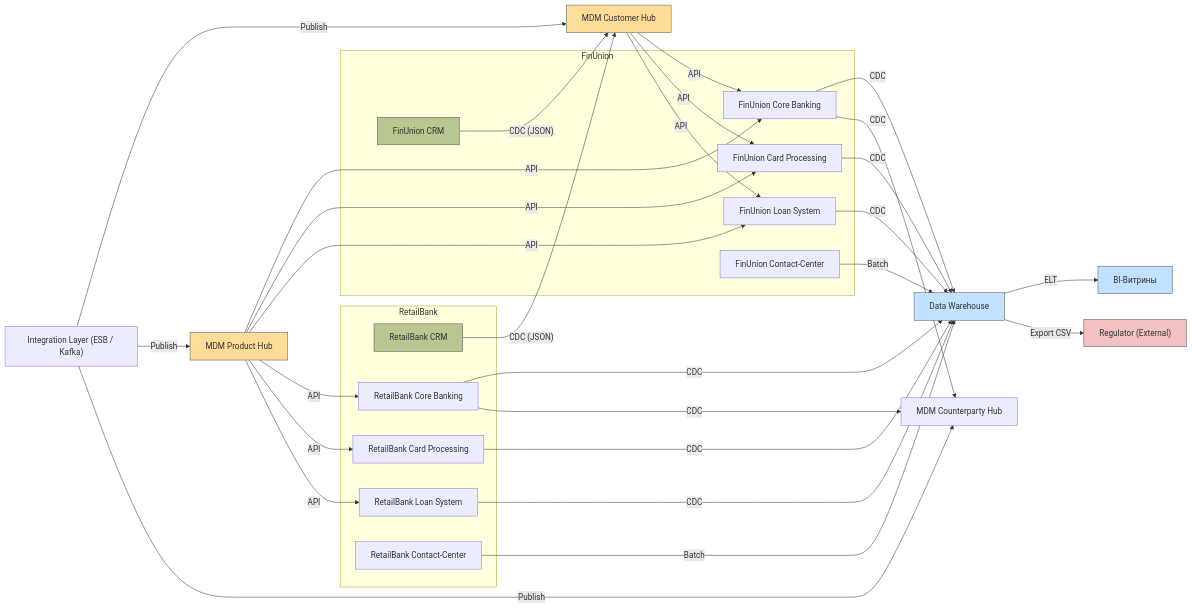
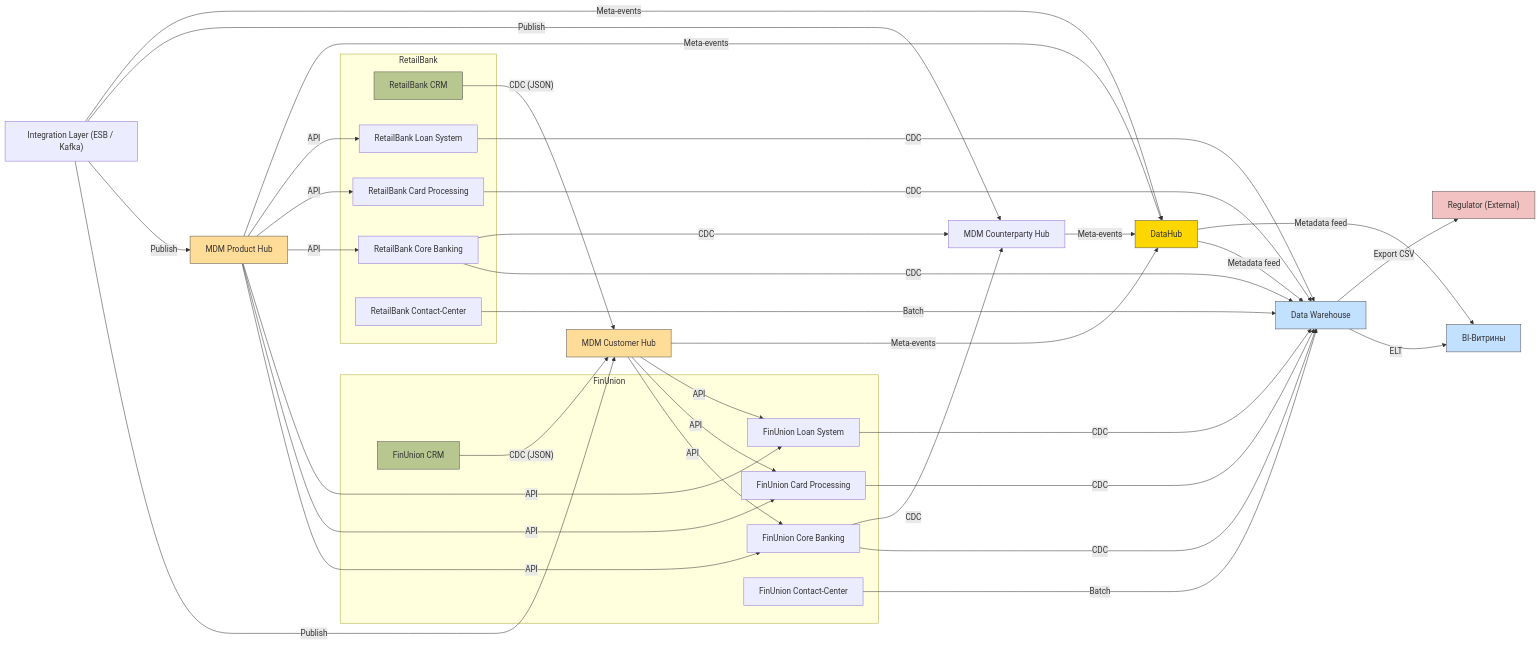
The diagram in Task2/data-flows.md (dvtar91/FinUnionGroup), drawn with Mermaid before and after one commit.

````diff
--- a/Task2/data-flows.md
+++ b/Task2/data-flows.md
@@ -22,68 +22,80 @@
 ```mermaid
 flowchart LR
     %% Системы
     subgraph "FinUnion"
         FU_CRM[FinUnion CRM]
         FU_Core[FinUnion Core Banking]
         FU_Cards[FinUnion Card Processing]
         FU_Loans[FinUnion Loan System]
         FU_Contact[FinUnion Contact‑Center]
     end
 
     subgraph "RetailBank"
         RB_CRM[RetailBank CRM]
         RB_Core[RetailBank Core Banking]
         RB_Cards[RetailBank Card Processing]
         RB_Loans[RetailBank Loan System]
         RB_Contact[RetailBank Contact‑Center]
     end
 
     MDM_Cust[MDM Customer Hub]
     MDM_Prod[MDM Product Hub]
     MDM_Counter[MDM Counterparty Hub]
+
     Integration["Integration Layer (ESB / Kafka)"]
+    DataHub[DataHub]
+
     DWH[Data Warehouse]
     BI[BI‑Витрины]
     Reg["Regulator (External)"]
 
     %% Потоки
     FU_CRM -->|"CDC (JSON)"| MDM_Cust
     RB_CRM -->|"CDC (JSON)"| MDM_Cust
     MDM_Cust -->|API| FU_Core
     MDM_Cust -->|API| FU_Cards
     MDM_Cust -->|API| FU_Loans
 
     FU_Core -->|CDC| DWH
     RB_Core -->|CDC| DWH
     FU_Cards -->|CDC| DWH
     RB_Cards -->|CDC| DWH
     FU_Loans -->|CDC| DWH
     RB_Loans -->|CDC| DWH
     FU_Contact -->|Batch| DWH
     RB_Contact -->|Batch| DWH
 
     DWH -->|ELT| BI
     DWH -->|Export CSV| Reg
 
     MDM_Prod -->|API| FU_Core
     MDM_Prod -->|API| FU_Cards
     MDM_Prod -->|API| FU_Loans
     MDM_Prod -->|API| RB_Core
     MDM_Prod -->|API| RB_Cards
     MDM_Prod -->|API| RB_Loans
 
     FU_Core -->|CDC| MDM_Counter
     RB_Core -->|CDC| MDM_Counter
 
     Integration -->|Publish| MDM_Cust
     Integration -->|Publish| MDM_Prod
     Integration -->|Publish| MDM_Counter
 
+    %% DataHub connections
+    MDM_Cust -->|Meta‑events| DataHub
+    MDM_Prod -->|Meta‑events| DataHub
+    MDM_Counter -->|Meta‑events| DataHub
+    Integration -->|Meta‑events| DataHub
+    DataHub -->|Metadata feed| DWH
+    DataHub -->|Metadata feed| BI
+
     style FU_CRM fill:#b7c78f,stroke:#555
     style RB_CRM fill:#b7c78f,stroke:#555
     style MDM_Cust fill:#ffdd99,stroke:#555
     style MDM_Prod fill:#ffdd99,stroke:#555
     style DWH fill:#c2e0ff,stroke:#555
     style BI fill:#c2e0ff,stroke:#555
     style Reg fill:#f2c2c2,stroke:#555
+    style DataHub fill:#ffd700,stroke:#555
 ```
````
